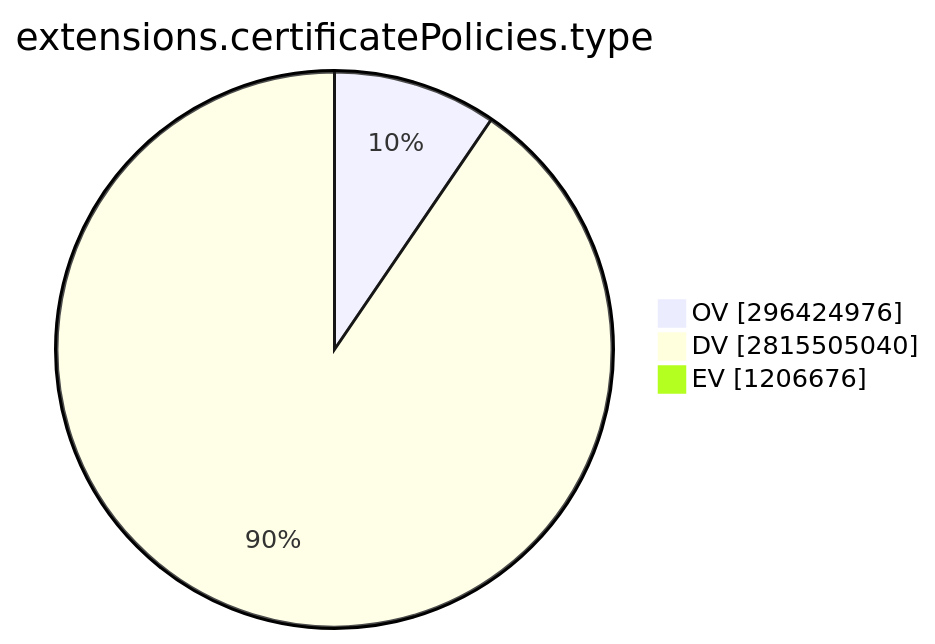
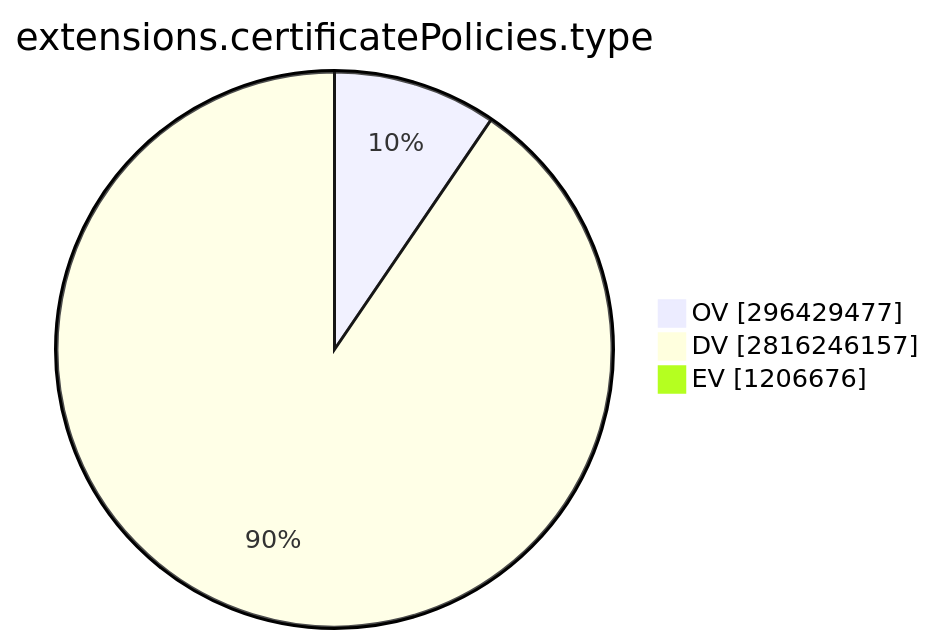
One commit to christiankrug/ctmonitor_visualization changed the ninth of 15 diagrams in TOTAL/README.md. Above: the diagram before and after it, drawn with Mermaid. The commit also changed other lines of this file, not shown here.

````diff
--- a/TOTAL/README.md
+++ b/TOTAL/README.md
@@ -3099,7 +3099,7 @@
 ```mermaid
 pie showData
 title extensions.certificatePolicies.type
-"OV" :296424976
-"DV" :2815505040
+"OV" :296429477
+"DV" :2816246157
 "EV" :1206676
 ```
````
